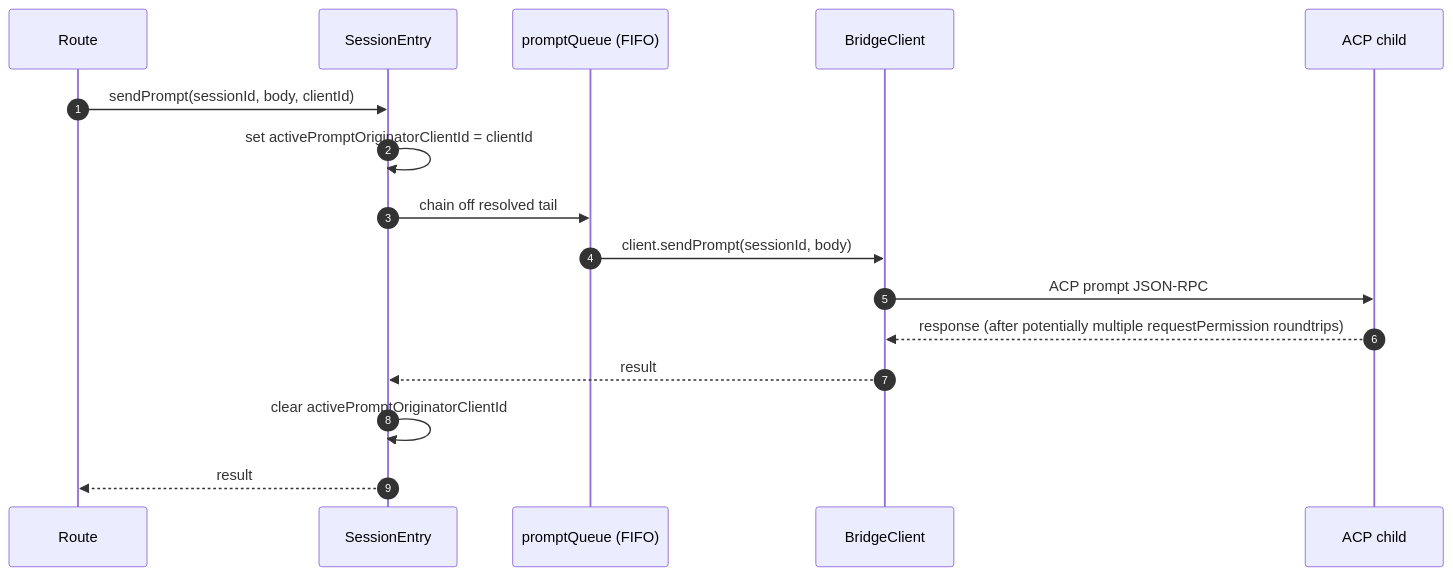
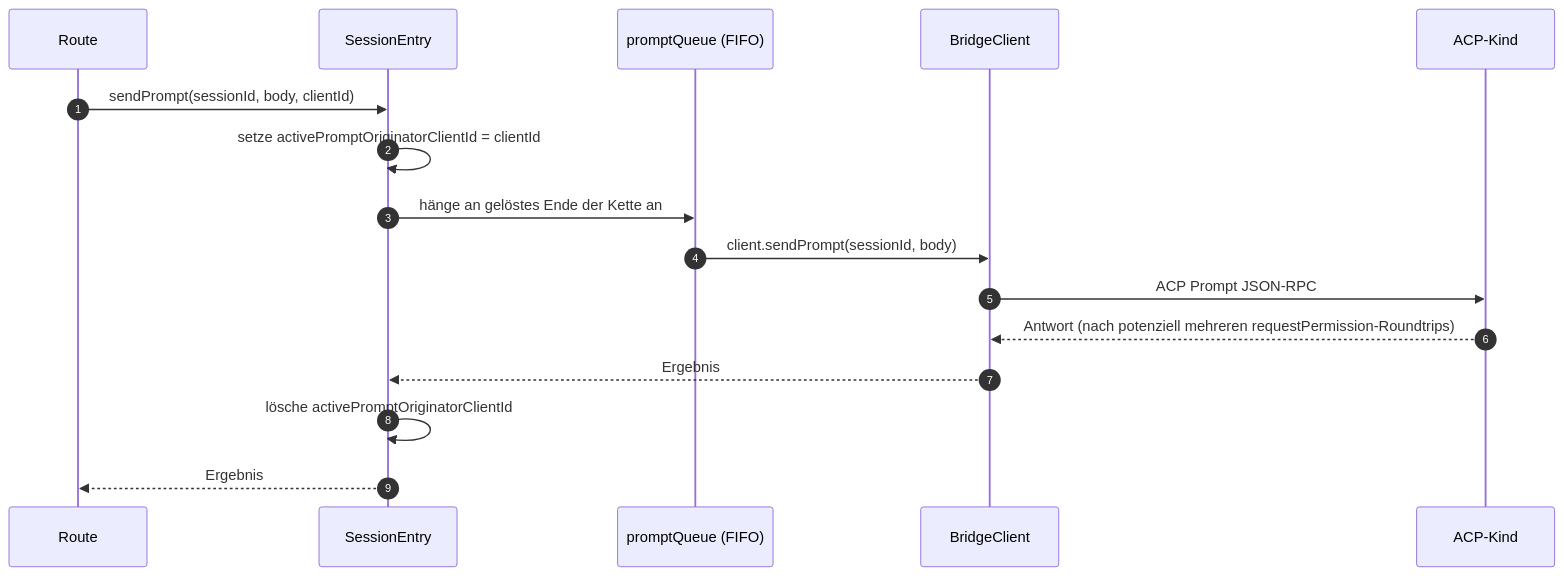
The second of 4 diagrams in website/content/de/developers/daemon/03-acp-bridge.md (QwenLM/qwen-code-docs), drawn with Mermaid before and after one commit. The commit also changed other lines of this file and 1077 other files, not shown here.

````diff
--- a/website/content/de/developers/daemon/03-acp-bridge.md
+++ b/website/content/de/developers/daemon/03-acp-bridge.md
@@ -103,19 +105,19 @@
 ```mermaid
 sequenceDiagram
     autonumber
     participant R as Route
     participant E as SessionEntry
     participant Q as promptQueue (FIFO)
     participant BC as BridgeClient
-    participant ACP as ACP child
+    participant ACP as ACP-Kind
 
     R->>E: sendPrompt(sessionId, body, clientId)
-    E->>E: set activePromptOriginatorClientId = clientId
-    E->>Q: chain off resolved tail
+    E->>E: setze activePromptOriginatorClientId = clientId
+    E->>Q: hänge an gelöstes Ende der Kette an
     Q->>BC: client.sendPrompt(sessionId, body)
-    BC->>ACP: ACP prompt JSON-RPC
-    ACP-->>BC: response (after potentially multiple requestPermission roundtrips)
-    BC-->>E: result
-    E->>E: clear activePromptOriginatorClientId
-    E-->>R: result
+    BC->>ACP: ACP Prompt JSON-RPC
+    ACP-->>BC: Antwort (nach potenziell mehreren requestPermission-Roundtrips)
+    BC-->>E: Ergebnis
+    E->>E: lösche activePromptOriginatorClientId
+    E-->>R: Ergebnis
 ```
````
